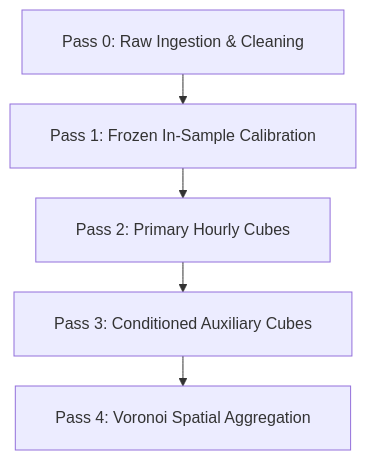
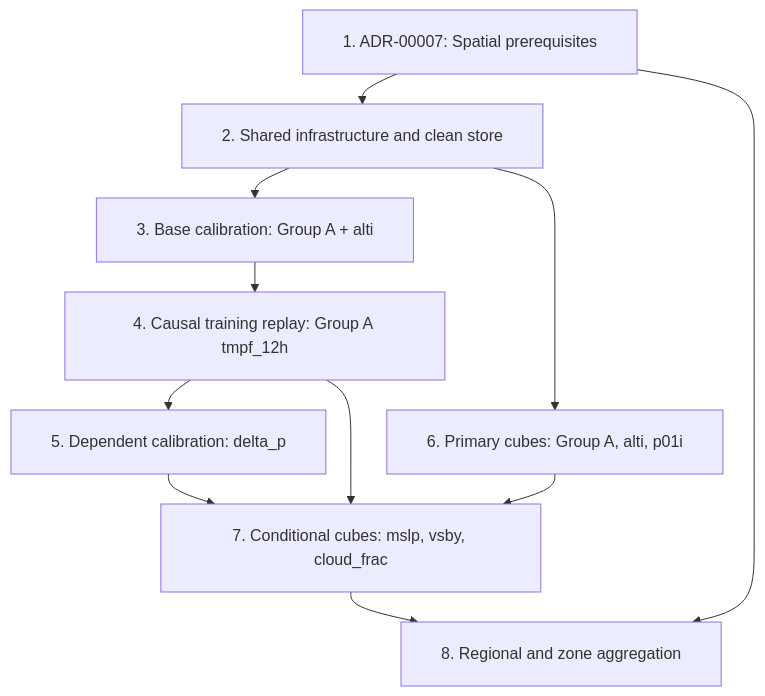
One commit to CamiloEmiliano/ercot-voronoi-load changed the diagram in docs/decisions/ADR-00008-weather-imputation-dag-and-anti-leakage-.md. Above: the diagram before and after it, drawn with Mermaid. The commit also changed other lines of this file and 2 other files, not shown here.

Commit message:
Document weather imputation dependency graph and delivery plan

````diff
--- a/docs/decisions/ADR-00008-weather-imputation-dag-and-anti-leakage-.md
+++ b/docs/decisions/ADR-00008-weather-imputation-dag-and-anti-leakage-.md
@@ -37,11 +37,19 @@
 ```mermaid
 %%{init: {'layout': 'dagre', 'flowchart': {'htmlLabels': false, 'useMaxWidth': false, 'wrappingWidth': 300, 'minNodeWidth': 300, 'nodeSpacing': 30, 'rankSpacing': 30, 'padding': 20}}}%%
 flowchart TD
-    P0["Pass 0: Raw Ingestion & Cleaning"]
-    P1["Pass 1: Frozen In-Sample Calibration"]
-    P2["Pass 2: Primary Hourly Cubes"]
-    P3["Pass 3: Conditioned Auxiliary Cubes"]
-    P4["Pass 4: Voronoi Spatial Aggregation"]
+    S["1. ADR-00007: Spatial prerequisites"]
+    C["2. Shared infrastructure and clean store"]
+    B["3. Base calibration: Group A + alti"]
+    T["4. Causal training replay: Group A tmpf_12h"]
+    D["5. Dependent calibration: delta_p"]
+    P["6. Primary cubes: Group A, alti, p01i"]
+    A["7. Conditional cubes: mslp, vsby, cloud_frac"]
+    R["8. Regional and zone aggregation"]
 
-    P0 --> P1 --> P2 --> P3 --> P4
+    S --> C --> B --> T --> D
+    C --> P
+    D --> A
+    T --> A
+    P --> A --> R
+    S --> R
 ```
````
